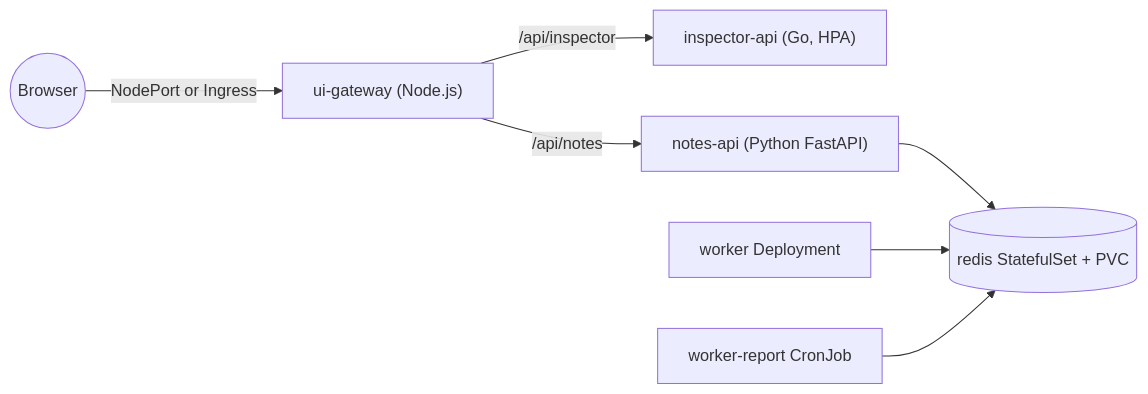
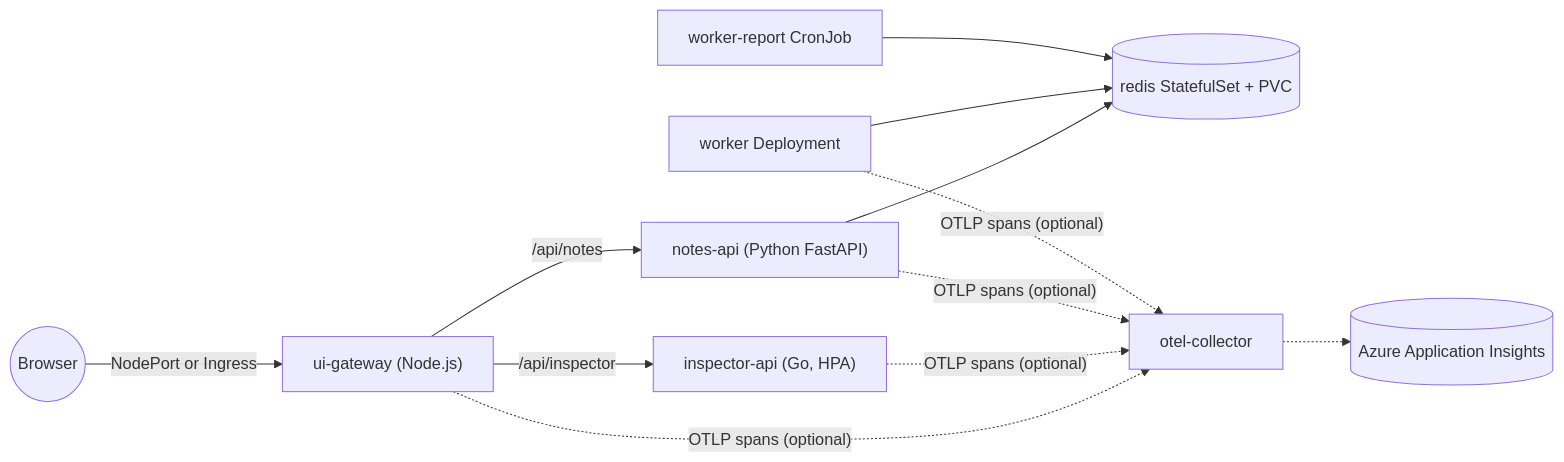
One commit to kasunsjc/k8s-demo-sample-app changed the diagram in README.md. Above: the diagram before and after it, drawn with Mermaid. The commit also changed other lines of this file and 35 other files, not shown here.

First line of the commit message:
Add OpenTelemetry distributed tracing exported to Azure Application Insights (#8)

````diff
--- a/README.md
+++ b/README.md
@@ -7,9 +7,11 @@
 ```mermaid
 flowchart LR
   user(("Browser")) -->|"NodePort or Ingress"| ui["ui-gateway (Node.js)"]
   ui -->|"/api/inspector"| insp["inspector-api (Go, HPA)"]
   ui -->|"/api/notes"| notes["notes-api (Python FastAPI)"]
   notes --> redis[("redis StatefulSet + PVC")]
   worker["worker Deployment"] --> redis
   cron["worker-report CronJob"] --> redis
+  ui & insp & notes & worker -.->|"OTLP spans (optional)"| otel["otel-collector"]
+  otel -.-> appi[("Azure Application Insights")]
 ```
````
